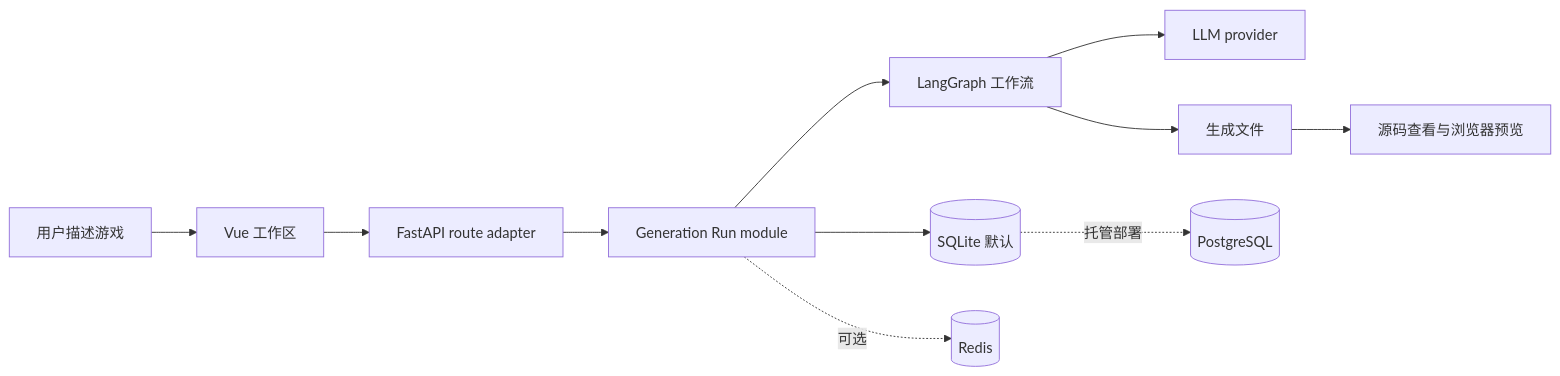
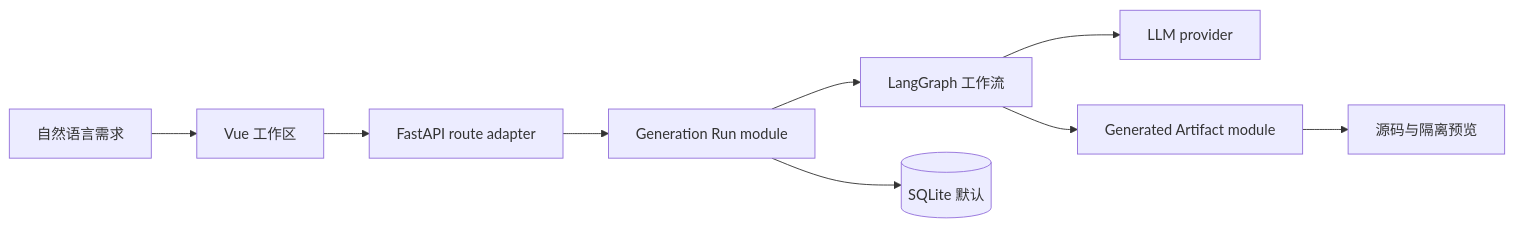
The diagram in README.md (44-99/DreamCoder), drawn with Mermaid before and after one commit. The commit also changed other lines of this file and 38 other files, not shown here.

````diff
--- a/README.md
+++ b/README.md
@@ -38,13 +93,11 @@
 ```mermaid
 flowchart LR
-    U["用户描述游戏"] --> V["Vue 工作区"]
+    U["自然语言需求"] --> V["Vue 工作区"]
     V --> A["FastAPI route adapter"]
     A --> R["Generation Run module"]
     R --> W["LangGraph 工作流"]
     W --> L["LLM provider"]
-    W --> F["生成文件"]
+    W --> F["Generated Artifact module"]
+    F --> P["源码与隔离预览"]
     R --> D[("SQLite 默认")]
-    F --> P["源码查看与浏览器预览"]
-    D -. 托管部署 .-> PG[("PostgreSQL")]
-    R -. 可选 .-> RD[("Redis")]
 ```
````
